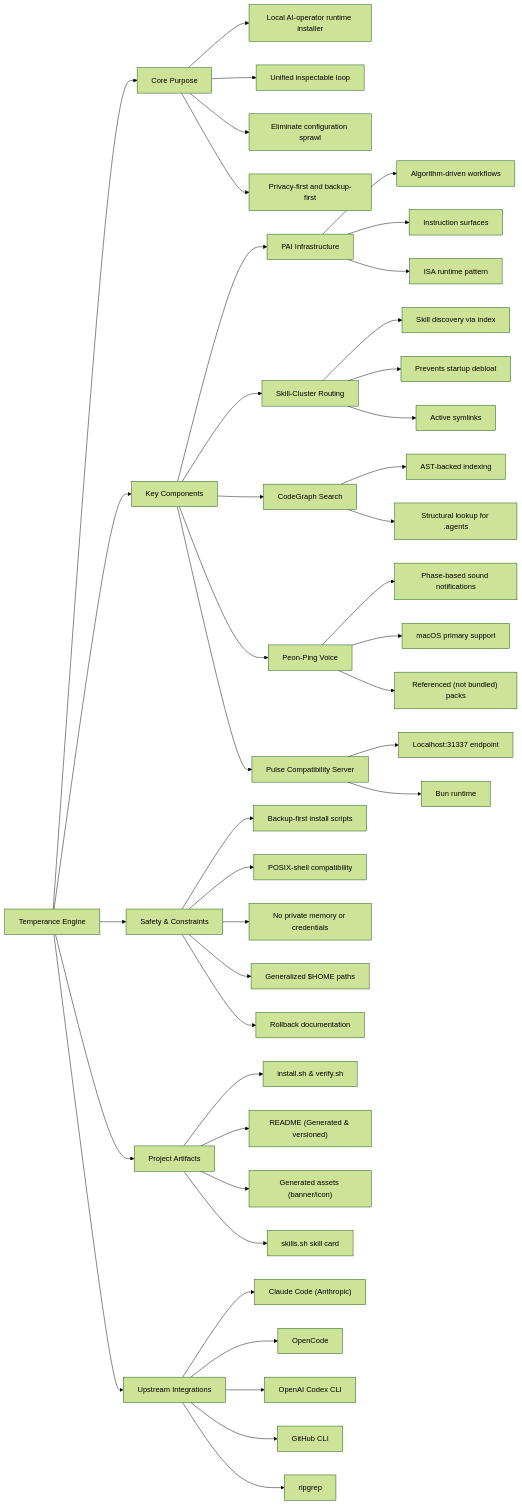
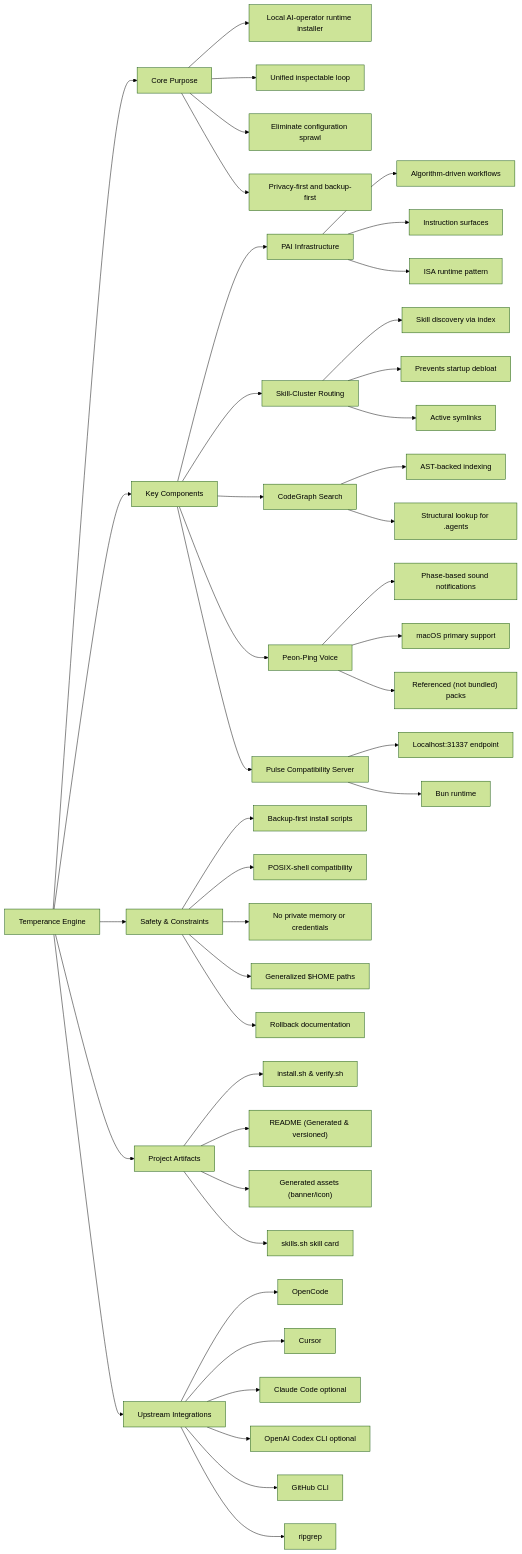
The first of 2 diagrams in README.md (Sheshiyer/temperance_engine), drawn with Mermaid (forest theme) before and after one commit. The commit also changed other lines of this file and 24 other files, not shown here.

````diff
--- a/README.md
+++ b/README.md
@@ -145,14 +148,16 @@
   N032 --> N036
   N037["Upstream Integrations"]
   N001 --> N037
-  N038["Claude Code (Anthropic)"]
+  N038["OpenCode"]
   N037 --> N038
-  N039["OpenCode"]
+  N039["Cursor"]
   N037 --> N039
-  N040["OpenAI Codex CLI"]
+  N040["Claude Code optional"]
   N037 --> N040
-  N041["GitHub CLI"]
+  N041["OpenAI Codex CLI optional"]
   N037 --> N041
-  N042["ripgrep"]
+  N042["GitHub CLI"]
   N037 --> N042
+  N043[ripgrep]
+  N037 --> N043
 ```
````
